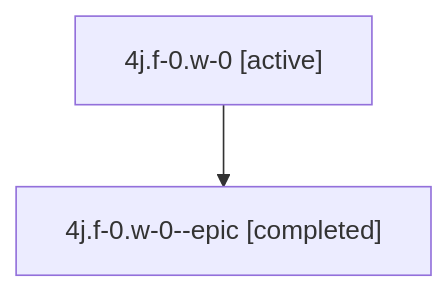
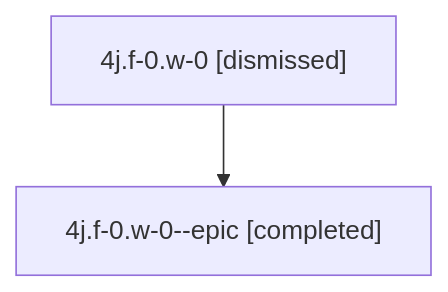
One commit to bobs-org/bob-cli--agents changed the diagram in sessions/bbugyi200.athena.4j.f-0.w-0.md. Above: the diagram before and after it, drawn with Mermaid. The commit also changed other lines of this file and 15 other files, not shown here.

````diff
--- a/sessions/bbugyi200.athena.4j.f-0.w-0.md
+++ b/sessions/bbugyi200.athena.4j.f-0.w-0.md
@@ -9,6 +9,6 @@
 ```mermaid
 flowchart TD
-  n0["4j.f-0.w-0 [active]"]
+  n0["4j.f-0.w-0 [dismissed]"]
   n1["4j.f-0.w-0--epic [completed]"]
   n0 --> n1
 ```
````
